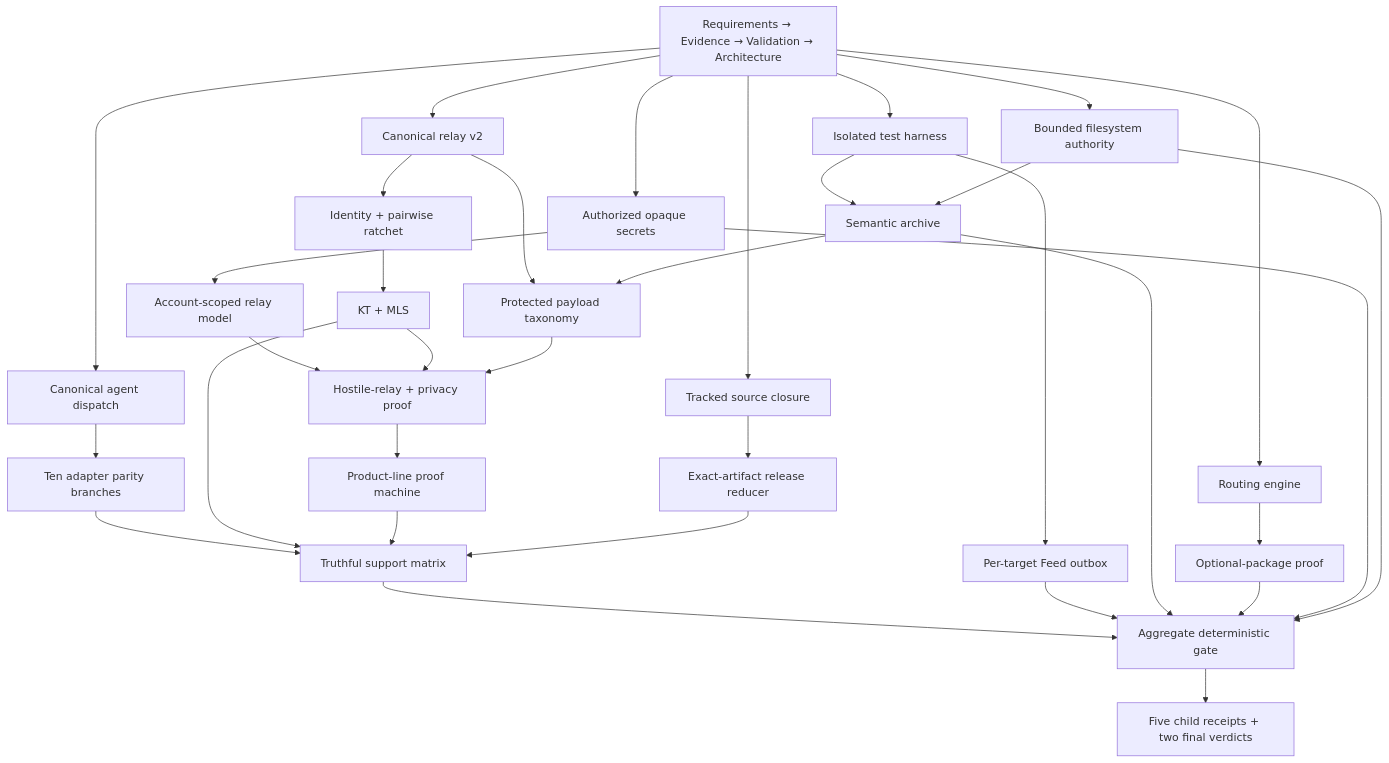
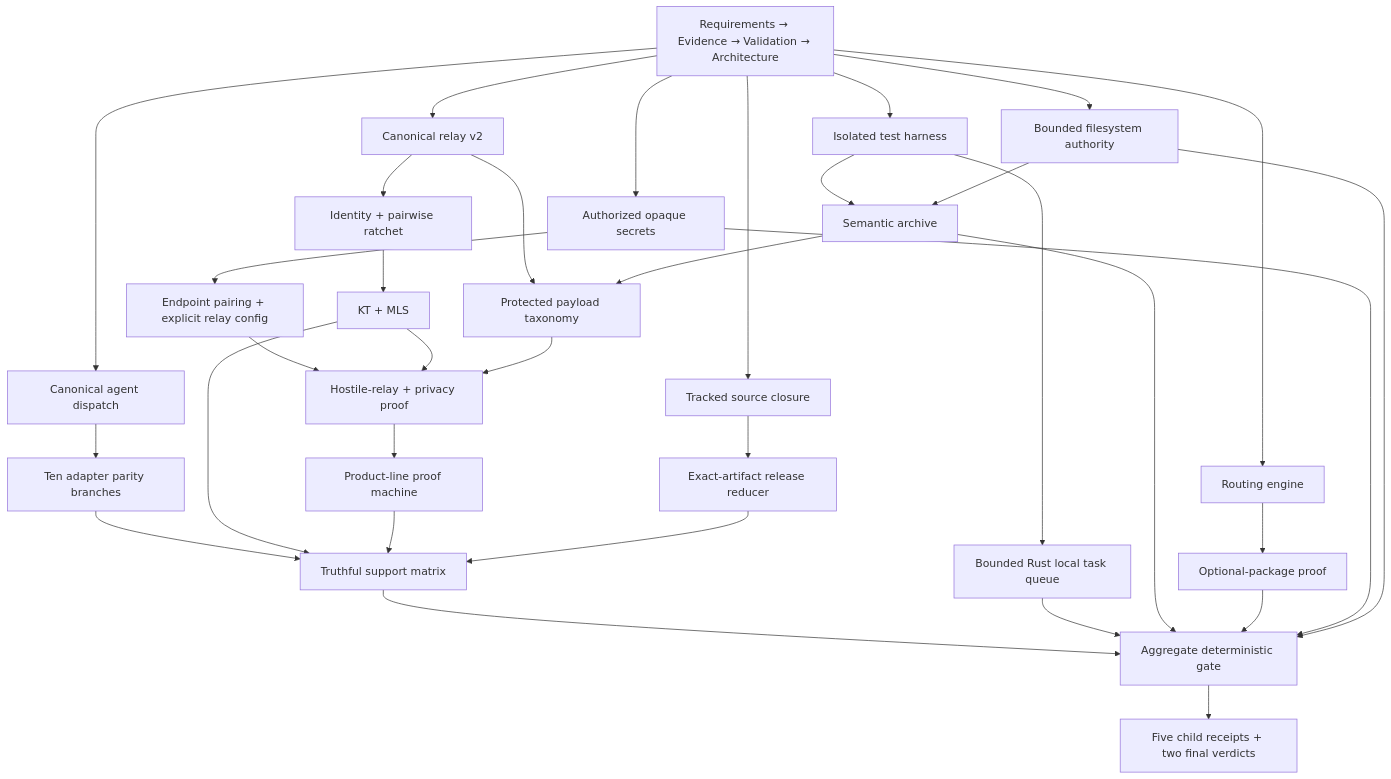
One commit to LicoLand/LicoUp changed the diagram in docs/plan/client-release/Architecture.md. Above: the diagram before and after it, drawn with Mermaid. The commit also changed other lines of this file and 56 other files, not shown here.

````diff
--- a/docs/plan/client-release/Architecture.md
+++ b/docs/plan/client-release/Architecture.md
@@ -61,37 +62,37 @@
 ```mermaid
 flowchart TD
   F0["Requirements → Evidence → Validation → Architecture"]
   F0 --> SRC["Tracked source closure"]
   F0 --> ISO["Isolated test harness"]
   F0 --> AG["Canonical agent dispatch"]
   AG --> AD["Ten adapter parity branches"]
-  ISO --> FEED["Per-target Feed outbox"]
+  ISO --> QUEUE["Bounded Rust local task queue"]
   ISO --> ARCHIVE["Semantic archive"]
   F0 --> FS["Bounded filesystem authority"]
   FS --> ARCHIVE
   F0 --> ROUTE["Routing engine"]
   ROUTE --> RPKG["Optional-package proof"]
   F0 --> SECRETS["Authorized opaque secrets"]
-  SECRETS --> ACCOUNTS["Account-scoped relay model"]
+  SECRETS --> PAIRING["Endpoint pairing + explicit relay config"]
   F0 --> ENV["Canonical relay v2"]
   ENV --> PAIR["Identity + pairwise ratchet"]
   PAIR --> MLS["KT + MLS"]
   ENV --> ACP["Protected payload taxonomy"]
   ARCHIVE --> ACP
-  ACCOUNTS --> HOSTILE["Hostile-relay + privacy proof"]
+  PAIRING --> HOSTILE["Hostile-relay + privacy proof"]
   MLS --> HOSTILE
   ACP --> HOSTILE
   HOSTILE --> CLAIM["Product-line proof machine"]
   SRC --> REL["Exact-artifact release reducer"]
   AD --> SUPPORT["Truthful support matrix"]
   MLS --> SUPPORT
   CLAIM --> SUPPORT
   REL --> SUPPORT
   SUPPORT --> QUALITY["Aggregate deterministic gate"]
-  FEED --> QUALITY
+  QUEUE --> QUALITY
   ARCHIVE --> QUALITY
   RPKG --> QUALITY
   SECRETS --> QUALITY
   FS --> QUALITY
   QUALITY --> FINAL["Five child receipts + two final verdicts"]
 ```
````
